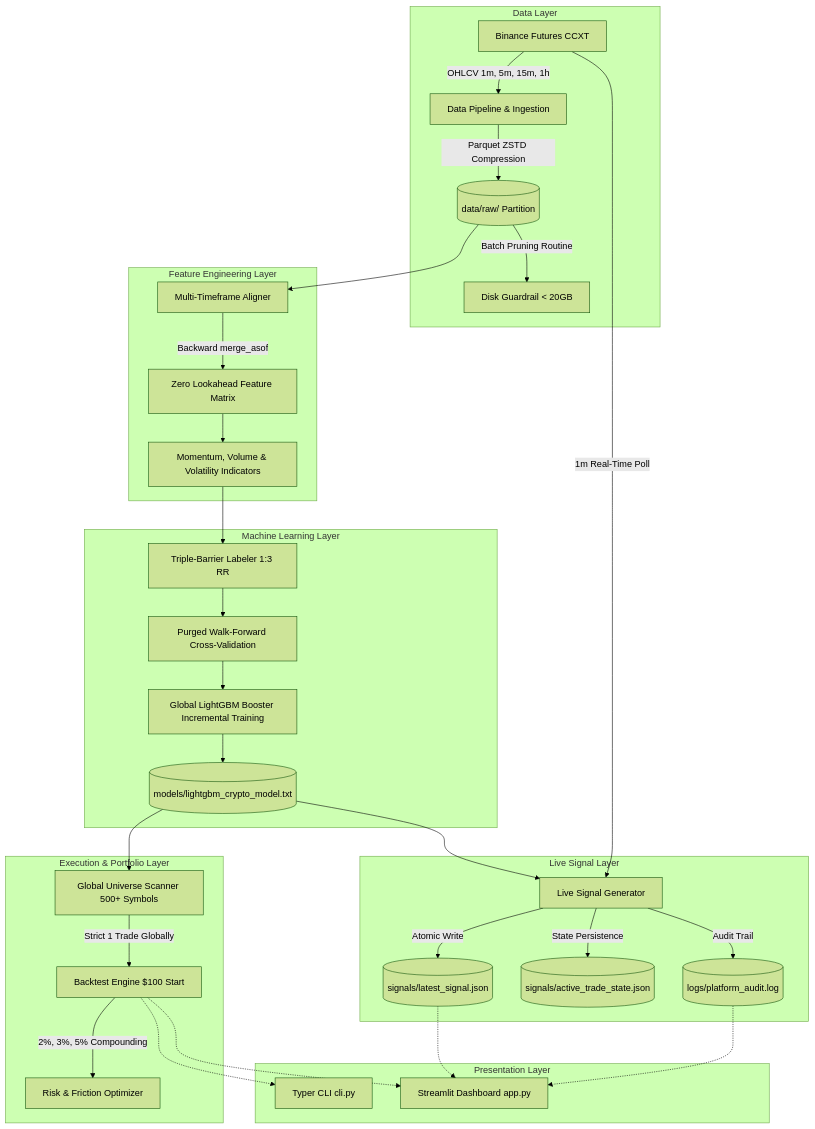
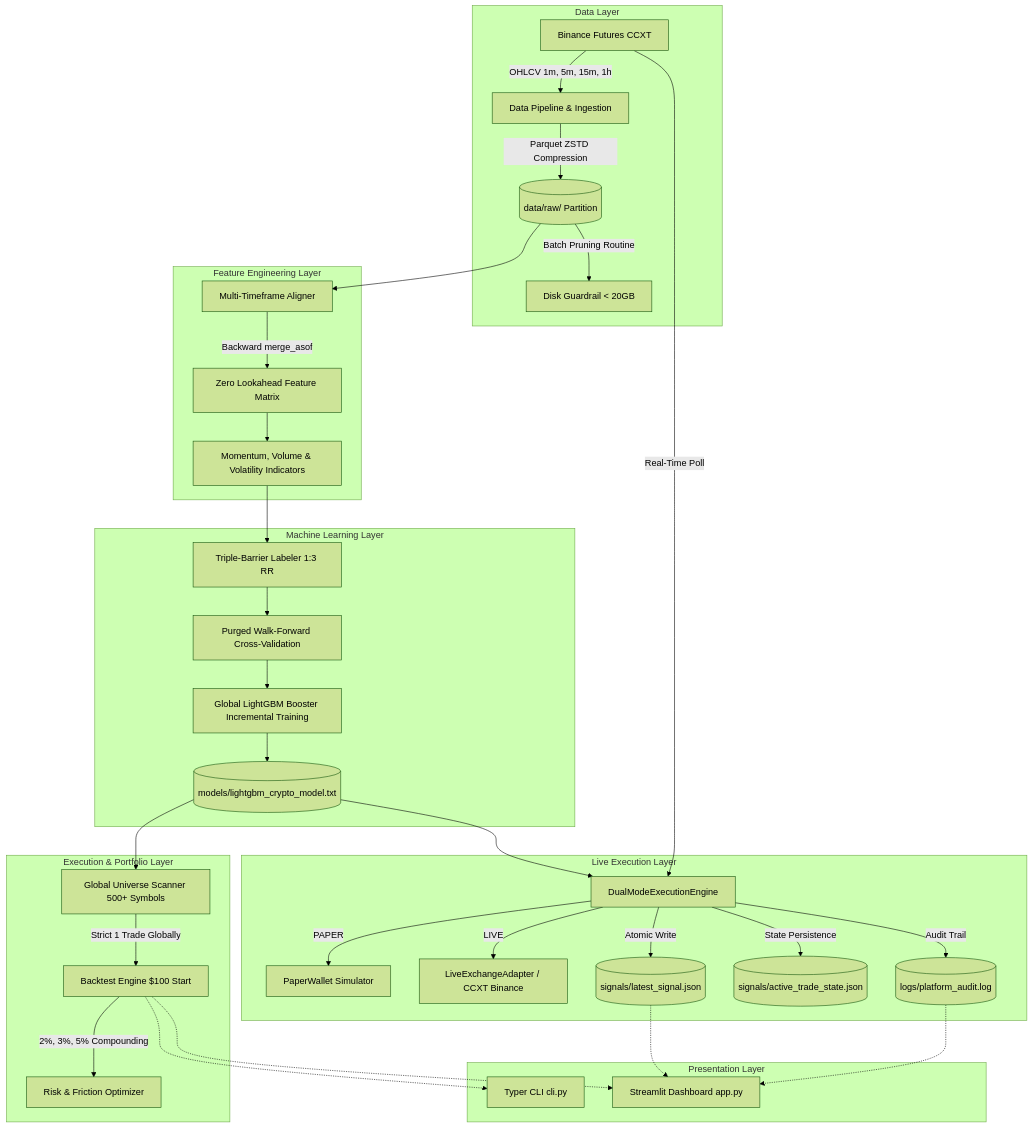
The first of 4 diagrams in docs/ARCHITECTURE.md (Sankar7567/bot_1), drawn with Mermaid (forest theme) before and after one commit. The commit also changed other lines of this file and 7 other files, not shown here.

Commit message:
Fix fetchOpenOrders warning, robust 24/7 daemon loop with live exchange reconciliation, 2 new tests (17, 18), updated README + ARCHITECTURE docs

````diff
--- a/docs/ARCHITECTURE.md
+++ b/docs/ARCHITECTURE.md
@@ -19,45 +19,47 @@
 ```mermaid
 flowchart TD
     subgraph Data Layer
         A[Binance Futures CCXT] -->|OHLCV 1m, 5m, 15m, 1h| B[Data Pipeline & Ingestion]
         B -->|Parquet ZSTD Compression| C[(data/raw/ Partition)]
         C -->|Batch Pruning Routine| D[Disk Guardrail < 20GB]
     end
 
     subgraph Feature Engineering Layer
         C --> E[Multi-Timeframe Aligner]
         E -->|Backward merge_asof| F[Zero Lookahead Feature Matrix]
         F --> G[Momentum, Volume & Volatility Indicators]
     end
 
     subgraph Machine Learning Layer
         G --> H[Triple-Barrier Labeler 1:3 RR]
         H --> I[Purged Walk-Forward Cross-Validation]
         I --> J[Global LightGBM Booster Incremental Training]
         J --> K[(models/lightgbm_crypto_model.txt)]
     end
 
     subgraph Execution & Portfolio Layer
         K --> L[Global Universe Scanner 500+ Symbols]
         L -->|Strict 1 Trade Globally| M[Backtest Engine $100 Start]
         M -->|2%, 3%, 5% Compounding| N[Risk & Friction Optimizer]
     end
 
-    subgraph Live Signal Layer
-        K --> O[Live Signal Generator]
-        A -->|1m Real-Time Poll| O
-        O -->|Atomic Write| P[(signals/latest_signal.json)]
-        O -->|State Persistence| Q[(signals/active_trade_state.json)]
-        O -->|Audit Trail| R[(logs/platform_audit.log)]
+    subgraph Live Execution Layer
+        K --> O[DualModeExecutionEngine]
+        A -->|Real-Time Poll| O
+        O -->|PAPER| P[PaperWallet Simulator]
+        O -->|LIVE| Q[LiveExchangeAdapter / CCXT Binance]
+        O -->|Atomic Write| R[(signals/latest_signal.json)]
+        O -->|State Persistence| S[(signals/active_trade_state.json)]
+        O -->|Audit Trail| T[(logs/platform_audit.log)]
     end
 
     subgraph Presentation Layer
-        S[Typer CLI cli.py]
-        T[Streamlit Dashboard app.py]
+        U[Typer CLI cli.py]
+        V[Streamlit Dashboard app.py]
     end
 
-    M -.-> S
-    M -.-> T
-    P -.-> T
-    R -.-> T
+    M -.-> U
+    M -.-> V
+    R -.-> V
+    T -.-> V
 ```
````
